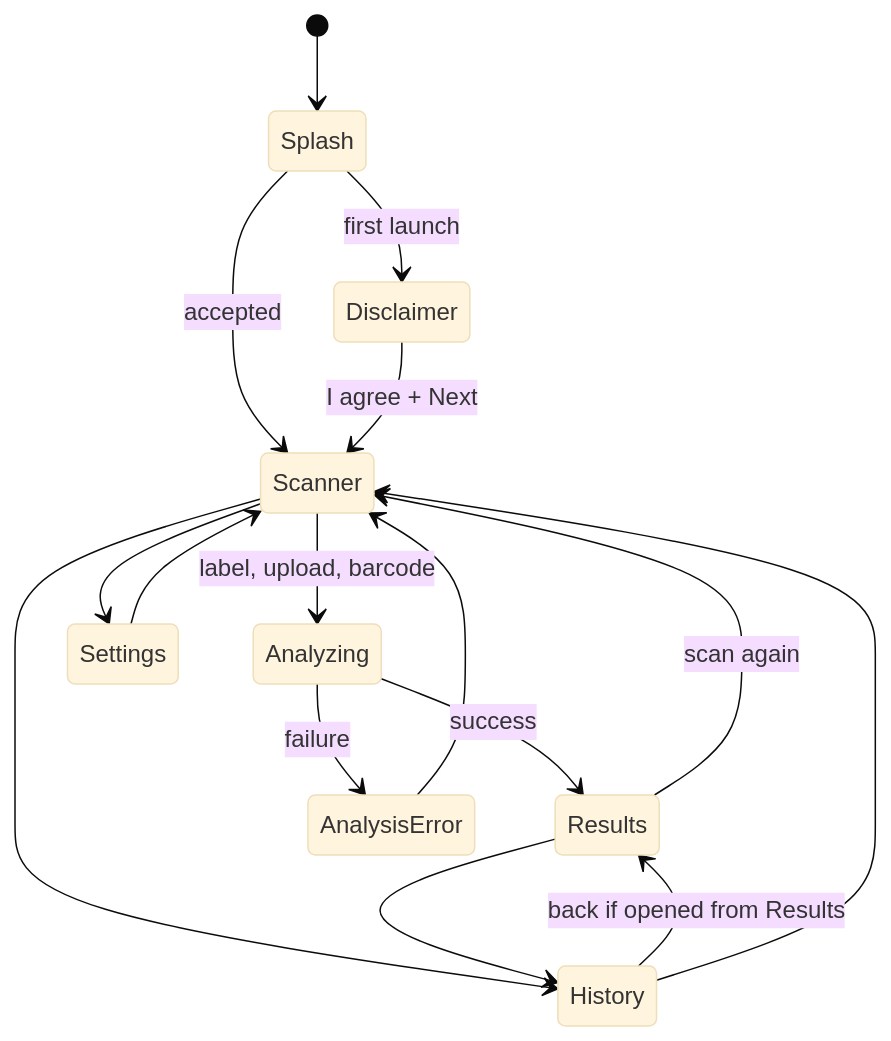
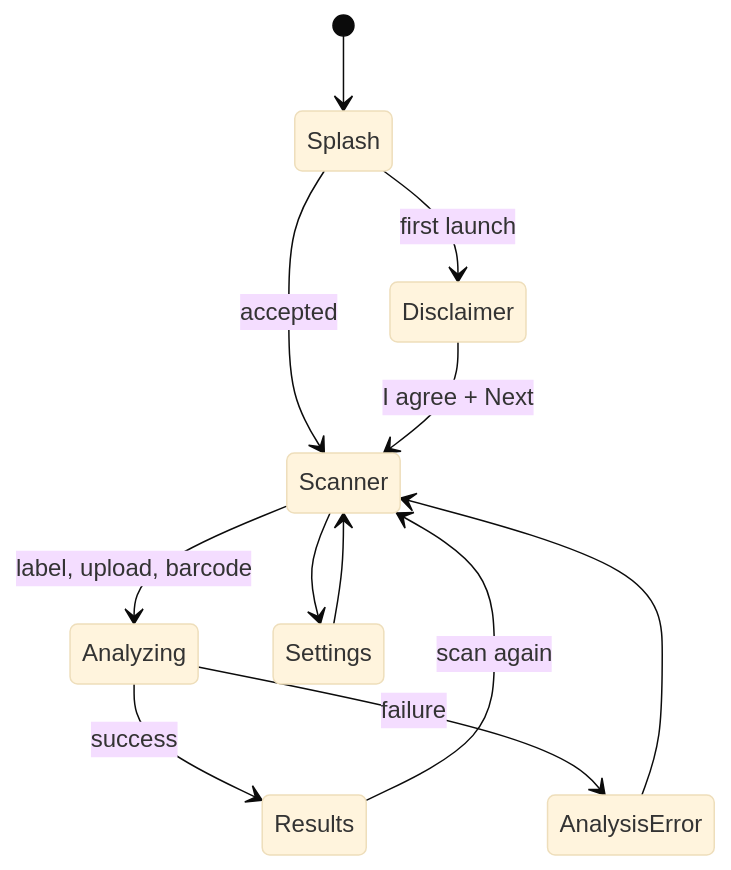
The first of 3 diagrams in documentation/02-ui-navigation.md (Bhagat-Atul/ultraprocessed), drawn with Mermaid (base theme) before and after one commit. The commit also changed other lines of this file and 54 other files, not shown here.

````diff
--- a/documentation/02-ui-navigation.md
+++ b/documentation/02-ui-navigation.md
@@ -31,18 +30,14 @@
 ```mermaid
 stateDiagram-v2
     [*] --> Splash
     Splash --> Disclaimer: first launch
     Splash --> Scanner: accepted
     Disclaimer --> Scanner: I agree + Next
     Scanner --> Analyzing: label, upload, barcode
     Scanner --> Settings
-    Scanner --> History
     Analyzing --> Results: success
     Analyzing --> AnalysisError: failure
     Results --> Scanner: scan again
-    Results --> History
-    History --> Results: back if opened from Results
     AnalysisError --> Scanner
     Settings --> Scanner
-    History --> Scanner
 ```
````
